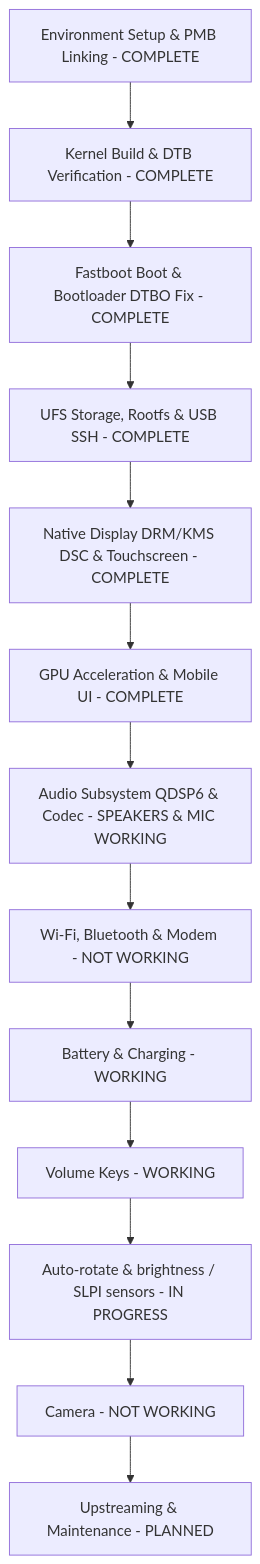
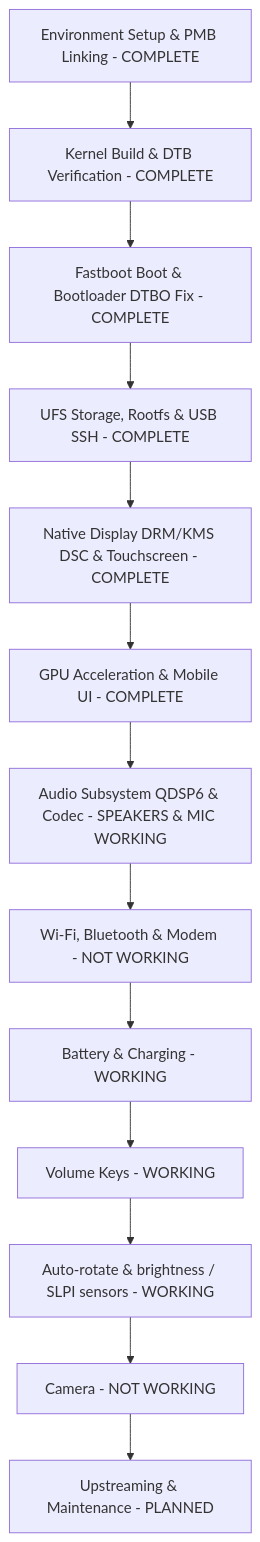
Before and after one commit to emilyastranova/guacamole_nura: the diagram in docs/PLAN.md, drawn with Mermaid. The commit also changed other lines of this file and 1 other file, not shown here.

First line of the commit message:
docs: auto-rotate and automatic brightness verified

````diff
--- a/docs/PLAN.md
+++ b/docs/PLAN.md
@@ -26,15 +26,15 @@
 ```mermaid
 flowchart TD
     A[Environment Setup & PMB Linking - COMPLETE] --> B[Kernel Build & DTB Verification - COMPLETE]
     B --> C[Fastboot Boot & Bootloader DTBO Fix - COMPLETE]
     C --> D[UFS Storage, Rootfs & USB SSH - COMPLETE]
     D --> E[Native Display DRM/KMS DSC & Touchscreen - COMPLETE]
     E --> F[GPU Acceleration & Mobile UI - COMPLETE]
     F --> H[Audio Subsystem QDSP6 & Codec - SPEAKERS & MIC WORKING]
     H --> I[Wi-Fi, Bluetooth & Modem - NOT WORKING]
     I --> J[Battery & Charging - WORKING]
     J --> L[Volume Keys - WORKING]
-    L --> M[Auto-rotate & brightness / SLPI sensors - IN PROGRESS]
+    L --> M[Auto-rotate & brightness / SLPI sensors - WORKING]
     M --> N[Camera - NOT WORKING]
     N --> K[Upstreaming & Maintenance - PLANNED]
 ```
````
